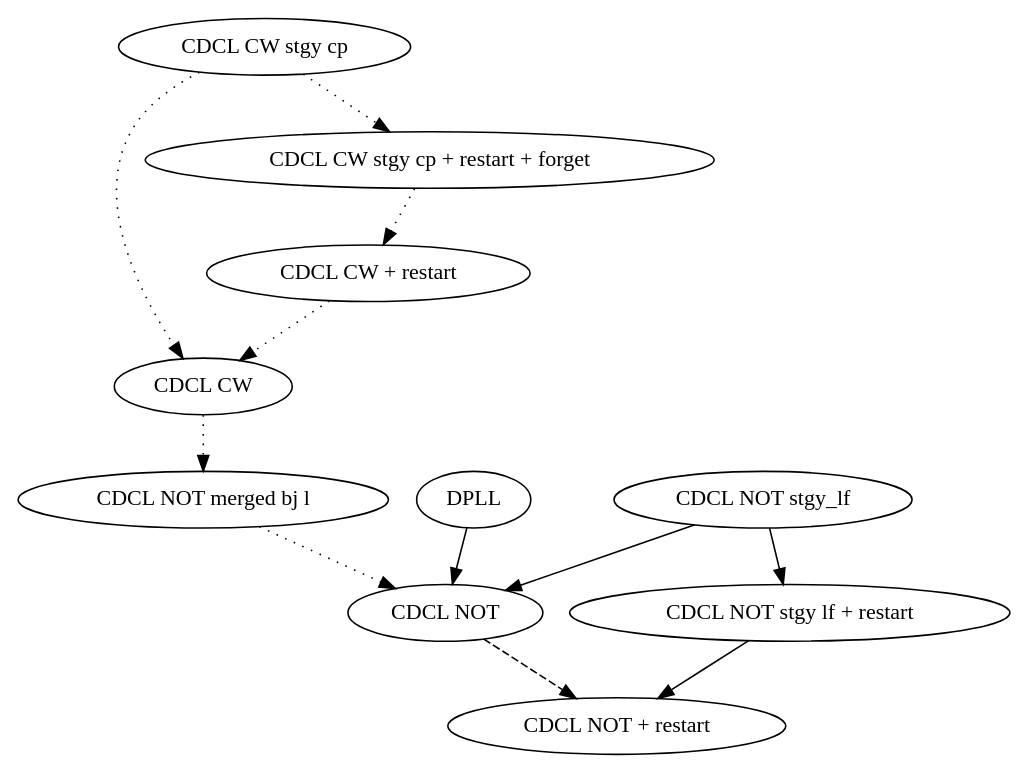
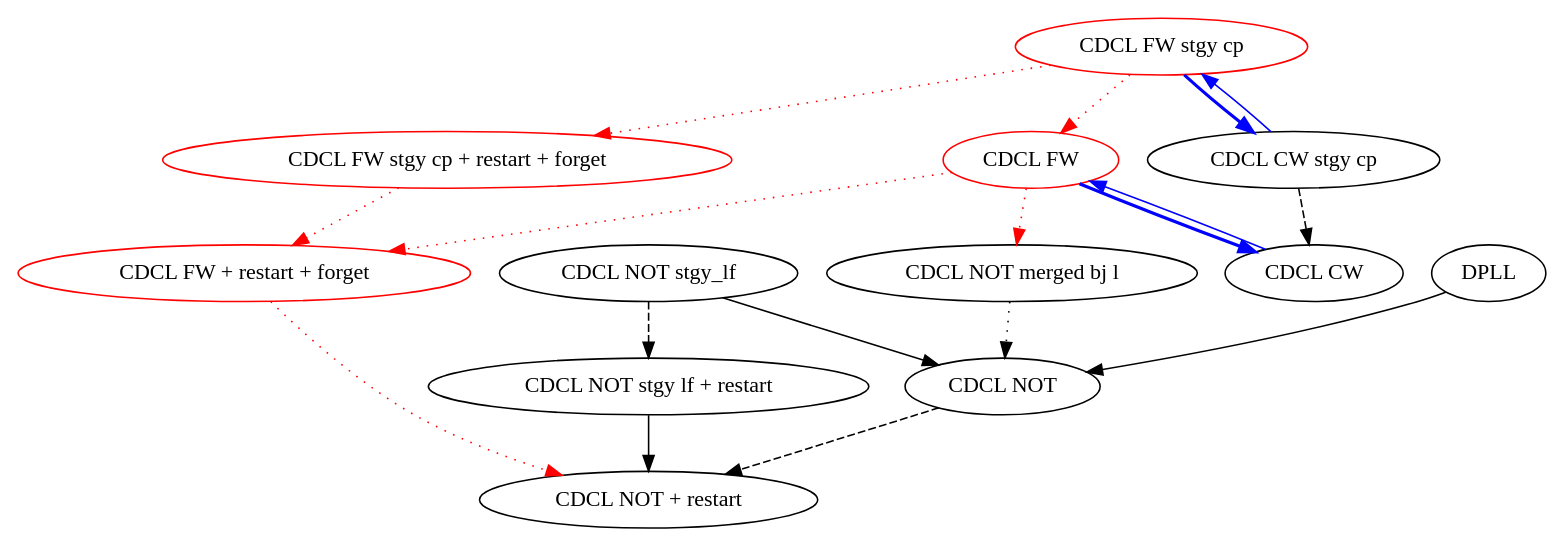
Before and after one commit to IsaFoL/IsaFoL: the diagram in Weidenbach_Book/CDCL.dot, drawn with Graphviz.

Commit message:
updating dot representation

```diff
--- a/Weidenbach_Book/CDCL.dot
+++ b/Weidenbach_Book/CDCL.dot
@@ -1,27 +1,41 @@
+//dot -o CDCL.pdf -Tpdf CDCL.dot
 digraph CDCL {
 	CDCL_NOT_restart [label = "CDCL NOT + restart"];
 	CDCL_NOT [label = "CDCL NOT"];
 	CDCL_NOT_stgy [label = "CDCL NOT stgy_lf"];
 	CDCL_NOT_stgy_restart[label = "CDCL NOT stgy lf + restart"];
 	CDCL_NOT_merged [label = "CDCL NOT merged bj l"];
 	DPLL [label = "DPLL"];
 
 	CDCL_NOT_stgy -> CDCL_NOT;
 	CDCL_NOT -> CDCL_NOT_restart [style = dashed];
-	CDCL_NOT_stgy -> CDCL_NOT_stgy_restart -> CDCL_NOT_restart;
+	CDCL_NOT_stgy -> CDCL_NOT_stgy_restart [style = dashed];
+	CDCL_NOT_stgy_restart -> CDCL_NOT_restart;
 	DPLL -> CDCL_NOT;
 
 	CDCL_NOT_merged -> CDCL_NOT [style =dotted];
 
 
-   	CDCL_CW [label="CDCL CW"];
-	CDCL_CW_stgy [label="CDCL CW stgy cp"];
-	CDCL_CW_restart [label = "CDCL CW + restart"];
-	CDCL_CW_stgy_restart [label = "CDCL CW stgy cp + restart + forget"];
+   	CDCL_FW [label="CDCL FW", color=red];
+	CDCL_FW_stgy [label="CDCL FW stgy cp", color=red];
+	CDCL_FW_restart [label = "CDCL FW + restart + forget", color=red];
+	CDCL_FW_stgy_restart [label = "CDCL FW stgy cp + restart + forget", color=red];
 
-	CDCL_CW_stgy ->	CDCL_CW_stgy_restart -> CDCL_CW_restart [style = dotted];
-	CDCL_CW -> CDCL_NOT_merged [style = dotted];
-	CDCL_CW_stgy -> CDCL_CW [style = dotted];
-	CDCL_CW_restart -> CDCL_CW [style = dotted];
+	CDCL_FW_stgy -> CDCL_FW_stgy_restart -> CDCL_FW_restart [style
+	= dotted, color=red];
+	CDCL_FW -> CDCL_NOT_merged [style = dotted, color=red];
+	CDCL_FW_stgy -> CDCL_FW [style = dotted, color=red];
+	CDCL_FW -> CDCL_FW_restart [style = dotted, color=red];
+	CDCL_FW_restart -> CDCL_NOT_restart [style = dotted, color =red];
+
+
+	CDCL_CW [label = "CDCL CW"];
+	CDCL_CW_stgy [label = "CDCL CW stgy cp"];
+	CDCL_CW_stgy -> CDCL_CW[style=dashed];
+	CDCL_CW -> CDCL_FW[color=blue];
+	CDCL_FW -> CDCL_CW[color=blue, style=bold];
+
+	CDCL_CW_stgy -> CDCL_FW_stgy[color=blue];
+	CDCL_FW_stgy -> CDCL_CW_stgy[color=blue, style=bold];
 
 }
```
